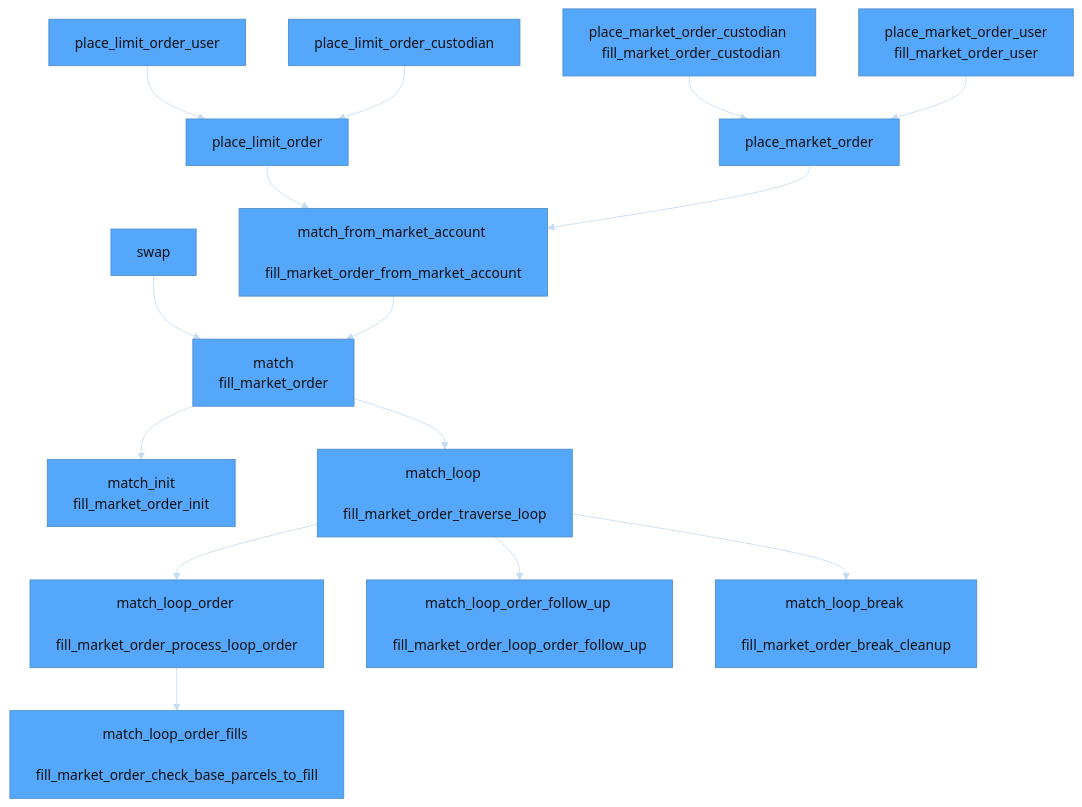
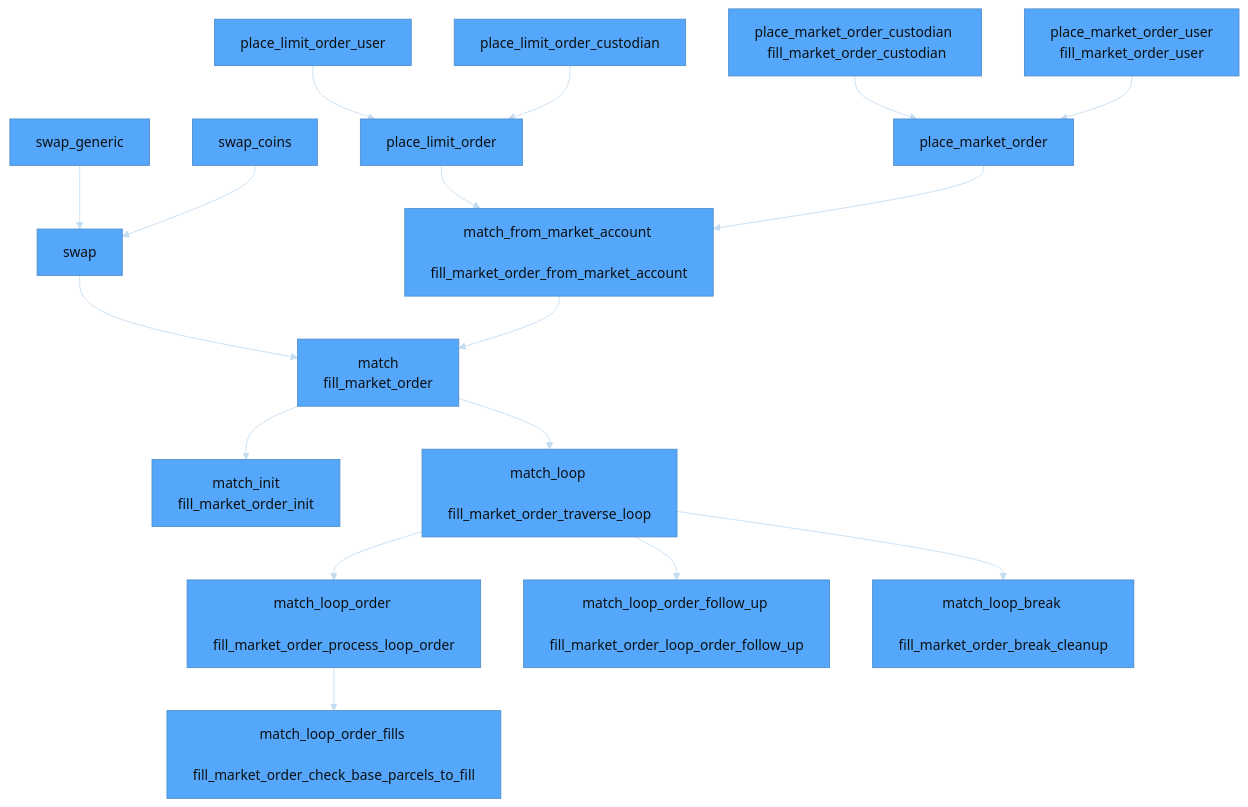
The third of 3 diagrams in src/move/econia/dependencies.md (econia-labs/econia), drawn with Mermaid before and after one commit. The commit also changed other lines of this file and 3 other files, not shown here.

````diff
--- a/src/move/econia/dependencies.md
+++ b/src/move/econia/dependencies.md
@@ -49,65 +49,71 @@
 ```mermaid
 
 %%{init: {'theme': 'base', 'themeVariables': {'primaryColor': '#54a7fa', 'lineColor': '#c4dcf1', 'primaryTextColor': '#0d1013', 'secondaryColor': '#c4dcf1'}}}%%
 
 flowchart TD
 
 %% Node definitions
 
     match[match <br/> fill_market_order]
     match_from_market_account[match_from_market_account <br/> fill_market_order_from_market_account]
     match_init[match_init <br> fill_market_order_init]
     swap[swap]
     place_market_order[place_market_order]
     place_market_order_custodian[place_market_order_custodian <br/> fill_market_order_custodian]
     place_market_order_user[place_market_order_user <br/> fill_market_order_user]
     place_limit_order[place_limit_order]
     place_limit_order_custodian[place_limit_order_custodian]
     place_limit_order_user[place_limit_order_user]
     match_loop[match_loop <br/> fill_market_order_traverse_loop]
     match_loop_order[match_loop_order <br/> fill_market_order_process_loop_order]
     match_loop_order_fills[match_loop_order_fills <br/> fill_market_order_check_base_parcels_to_fill]
     match_loop_order_follow_up[match_loop_order_follow_up <br/> fill_market_order_loop_order_follow_up]
     match_loop_break[match_loop_break <br/> fill_market_order_break_cleanup]
+    swap_coins[swap_coins]
+    swap_generic[swap_generic]
 
 
 %% Class definitions
 
     classDef partially_implemented fill:#a020f0 %% Purple
     classDef implemented fill:#32cd32 %% Lime Green
     classDef unimplemented fill:#708090 %% Slate Gray
 
+    class swap_coins unimplemented;
+    class swap_generic unimplemented
     class match unimplemented;
     class match_from_market_account unimplemented;
     class match_init unimplemented;
     class swap unimplemented;
     class place_market_order unimplemented;
     class place_market_order_custodian unimplemented;
     class place_market_order_user unimplemented;
     class place_limit_order partially_implemented;
     class place_limit_order_custodian partially_implemented;
     class place_limit_order_user partially_implemented;
     class match_loop unimplemented;
     class match_loop_order unimplemented;
     class match_loop_order_fills unimplemented;
     class match_loop_order_follow_up unimplemented;
     class match_loop_break unimplemented
 
 %% Node relationships
 
+    swap_generic --> swap
+    swap_coins --> swap
     place_limit_order_user --> place_limit_order
     place_limit_order_custodian --> place_limit_order
     place_limit_order --> match_from_market_account
     place_market_order --> match_from_market_account
     place_market_order_custodian --> place_market_order
     swap --> match
     place_market_order_user --> place_market_order
     match --> match_init
     match --> match_loop
     match_from_market_account --> match
     match_loop_order --> match_loop_order_fills
     match_loop --> match_loop_order
     match_loop --> match_loop_order_follow_up
     match_loop --> match_loop_break
 
 ```
````
